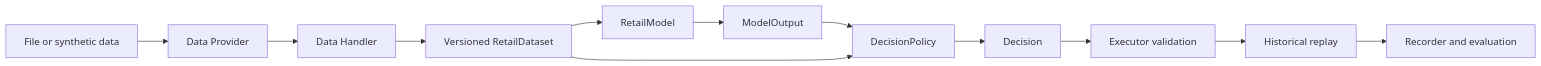
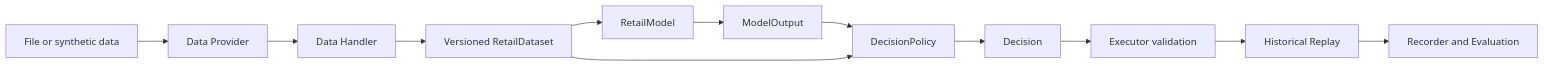
Before and after one commit to aoezhb/instant-retail-brain: the diagram in README.md, drawn with Mermaid. The commit also changed other lines of this file and 25 other files, not shown here.

````diff
--- a/README.md
+++ b/README.md
@@ -45,14 +110,14 @@
 ```mermaid
 flowchart LR
     A[File or synthetic data] --> B[Data Provider]
     B --> C[Data Handler]
     C --> D[Versioned RetailDataset]
     D --> E[RetailModel]
     E --> F[ModelOutput]
     F --> G[DecisionPolicy]
     D --> G
     G --> H[Decision]
     H --> I[Executor validation]
-    I --> J[Historical replay]
-    J --> K[Recorder and evaluation]
+    I --> J[Historical Replay]
+    J --> K[Recorder and Evaluation]
 ```
````
